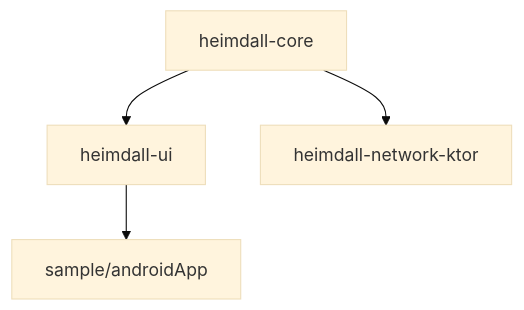
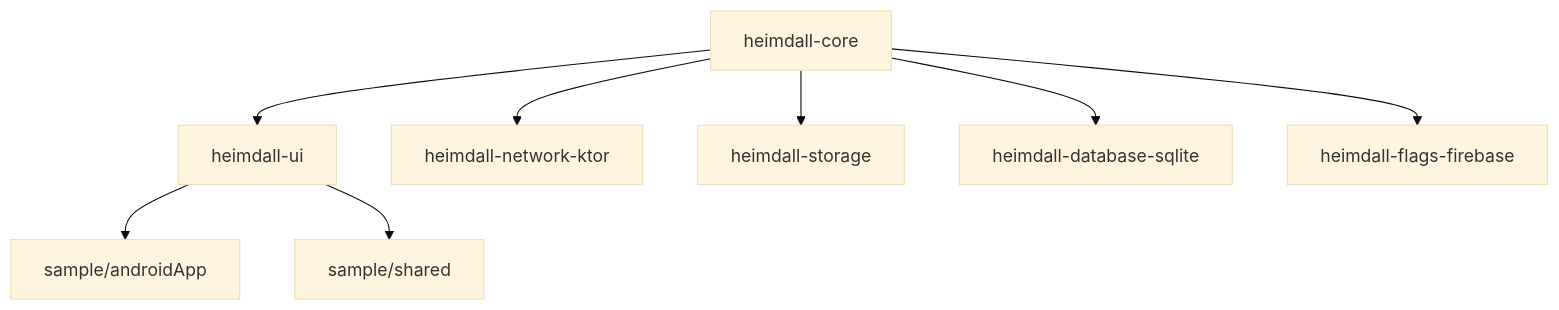
One commit to gouravhanumante/heimdall-kmp changed the diagram in docs/architecture.md. Above: the diagram before and after it, drawn with Mermaid (base theme). The commit also changed other lines of this file and 9 other files, not shown here.

First line of the commit message:
Add heimdall-database-sqlite: file-based adapter for Room/SQLDelight/raw SQLite

````diff
--- a/docs/architecture.md
+++ b/docs/architecture.md
@@ -5,6 +5,10 @@
 ```mermaid
 graph TD
     core[heimdall-core] --> ui[heimdall-ui]
     core --> networkKtor[heimdall-network-ktor]
+    core --> storage[heimdall-storage]
+    core --> databaseSqlite[heimdall-database-sqlite]
+    core --> flagsFirebase[heimdall-flags-firebase]
     ui --> sampleAndroid[sample/androidApp]
+    ui --> sampleShared[sample/shared]
 ```
````
